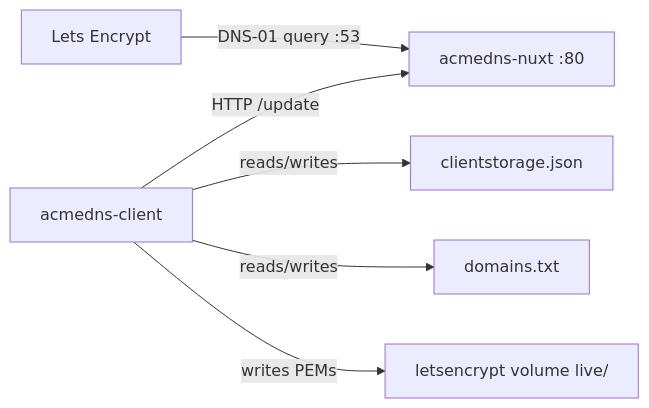
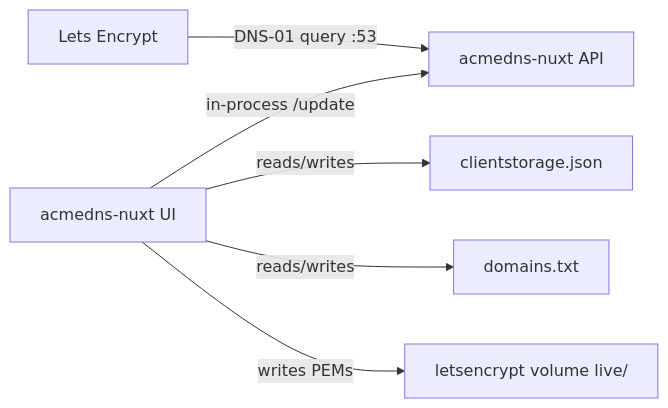
The diagram in README.md (HariantoAtWork/dns01-proxy), drawn with Mermaid before and after one commit. The commit also changed other lines of this file and 144 other files, not shown here.

````diff
--- a/README.md
+++ b/README.md
@@ -12,8 +11,8 @@
 ```mermaid
 flowchart LR
-  UI[acmedns-client] -->|HTTP /update| API[acmedns-nuxt :80]
+  UI[acmedns-nuxt UI] -->|in-process /update| API[acmedns-nuxt API]
   UI -->|reads/writes| CS[clientstorage.json]
   UI -->|reads/writes| Domains[domains.txt]
   UI -->|writes PEMs| Certs[letsencrypt volume live/]
   PubDNS[Lets Encrypt] -->|DNS-01 query :53| API
 ```
````
